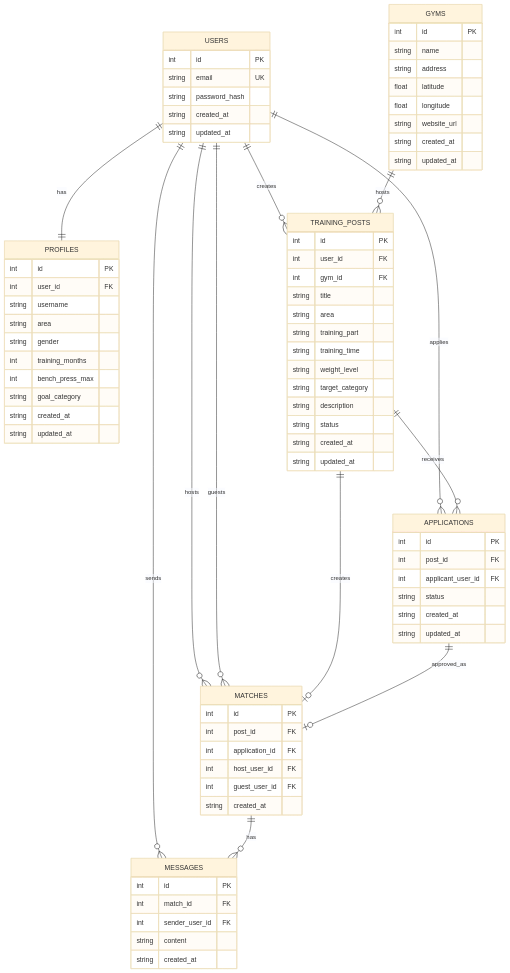
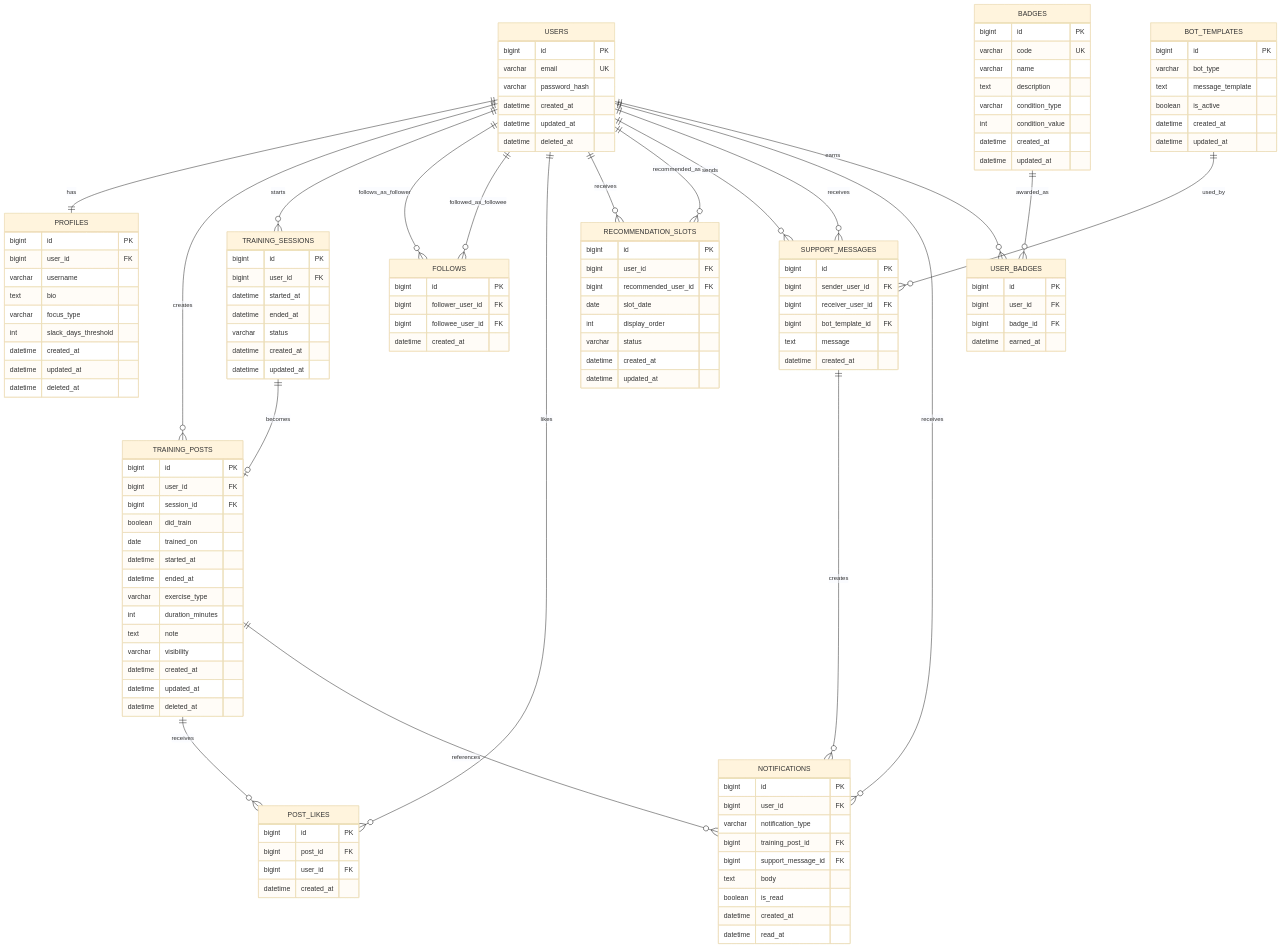
One commit to TaiseiUmeki/group7-pj changed the diagram in docs/requirements/db_design.md. Above: the diagram before and after it, drawn with Mermaid (base theme). The commit also changed other lines of this file and 1 other file, not shown here.

````diff
--- a/docs/requirements/db_design.md
+++ b/docs/requirements/db_design.md
@@ -54,91 +58,144 @@
 erDiagram
     USERS ||--|| PROFILES : has
     USERS ||--o{ TRAINING_POSTS : creates
-    USERS ||--o{ APPLICATIONS : applies
-    USERS ||--o{ MESSAGES : sends
-    USERS ||--o{ MATCHES : hosts
-    USERS ||--o{ MATCHES : guests
+    USERS ||--o{ TRAINING_SESSIONS : starts
+    USERS ||--o{ FOLLOWS : follows_as_follower
+    USERS ||--o{ FOLLOWS : followed_as_followee
+    USERS ||--o{ POST_LIKES : likes
+    USERS ||--o{ RECOMMENDATION_SLOTS : receives
+    USERS ||--o{ RECOMMENDATION_SLOTS : recommended_as
+    USERS ||--o{ SUPPORT_MESSAGES : sends
+    USERS ||--o{ SUPPORT_MESSAGES : receives
+    USERS ||--o{ NOTIFICATIONS : receives
+    USERS ||--o{ USER_BADGES : earns
 
-    GYMS ||--o{ TRAINING_POSTS : hosts
+    TRAINING_SESSIONS ||--o| TRAINING_POSTS : becomes
+    TRAINING_POSTS ||--o{ POST_LIKES : receives
+    TRAINING_POSTS ||--o{ NOTIFICATIONS : references
 
-    TRAINING_POSTS ||--o{ APPLICATIONS : receives
-    TRAINING_POSTS ||--o| MATCHES : creates
+    BOT_TEMPLATES ||--o{ SUPPORT_MESSAGES : used_by
+    SUPPORT_MESSAGES ||--o{ NOTIFICATIONS : creates
 
-    APPLICATIONS ||--o| MATCHES : approved_as
-
-    MATCHES ||--o{ MESSAGES : has
+    BADGES ||--o{ USER_BADGES : awarded_as
 
     USERS {
-        int id PK
-        string email UK
-        string password_hash
-        string created_at
-        string updated_at
+        bigint id PK
+        varchar email UK
+        varchar password_hash
+        datetime created_at
+        datetime updated_at
+        datetime deleted_at
     }
 
     PROFILES {
-        int id PK
-        int user_id FK
-        string username
-        string area
-        string gender
-        int training_months
-        int bench_press_max
-        string goal_category
-        string created_at
-        string updated_at
+        bigint id PK
+        bigint user_id FK
+        varchar username
+        text bio
+        varchar focus_type
+        int slack_days_threshold
+        datetime created_at
+        datetime updated_at
+        datetime deleted_at
+    }
+
+    TRAINING_SESSIONS {
+        bigint id PK
+        bigint user_id FK
+        datetime started_at
+        datetime ended_at
+        varchar status
+        datetime created_at
+        datetime updated_at
     }
 
     TRAINING_POSTS {
-        int id PK
-        int user_id FK
-        int gym_id FK
-        string title
-        string area
-        string training_part
-        string training_time
-        string weight_level
-        string target_category
-        string description
-        string status
-        string created_at
-        string updated_at
+        bigint id PK
+        bigint user_id FK
+        bigint session_id FK
+        boolean did_train
+        date trained_on
+        datetime started_at
+        datetime ended_at
+        varchar exercise_type
+        int duration_minutes
+        text note
+        varchar visibility
+        datetime created_at
+        datetime updated_at
+        datetime deleted_at
     }
 
-    APPLICATIONS {
-        int id PK
-        int post_id FK
-        int applicant_user_id FK
-        string status
-        string created_at
-        string updated_at
+    FOLLOWS {
+        bigint id PK
+        bigint follower_user_id FK
+        bigint followee_user_id FK
+        datetime created_at
     }
 
-    MATCHES {
-        int id PK
-        int post_id FK
-        int application_id FK
-        int host_user_id FK
-        int guest_user_id FK
-        string created_at
+    POST_LIKES {
+        bigint id PK
+        bigint post_id FK
+        bigint user_id FK
+        datetime created_at
     }
 
-    MESSAGES {
-        int id PK
-        int match_id FK
-        int sender_user_id FK
-        string content
-        string created_at
+    RECOMMENDATION_SLOTS {
+        bigint id PK
+        bigint user_id FK
+        bigint recommended_user_id FK
+        date slot_date
+        int display_order
+        varchar status
+        datetime created_at
+        datetime updated_at
     }
 
-    GYMS {
-        int id PK
-        string name
-        string address
-        float latitude
-        float longitude
-        string website_url
-        string created_at
-        string updated_at
+    BOT_TEMPLATES {
+        bigint id PK
+        varchar bot_type
+        text message_template
+        boolean is_active
+        datetime created_at
+        datetime updated_at
+    }
+
+    SUPPORT_MESSAGES {
+        bigint id PK
+        bigint sender_user_id FK
+        bigint receiver_user_id FK
+        bigint bot_template_id FK
+        text message
+        datetime created_at
+    }
+
+    NOTIFICATIONS {
+        bigint id PK
+        bigint user_id FK
+        varchar notification_type
+        bigint training_post_id FK
+        bigint support_message_id FK
+        text body
+        boolean is_read
+        datetime created_at
+        datetime read_at
+    }
+
+    BADGES {
+        bigint id PK
+        varchar code UK
+        varchar name
+        text description
+        varchar condition_type
+        int condition_value
+        datetime created_at
+        datetime updated_at
+    }
+
+    USER_BADGES {
+        bigint id PK
+        bigint user_id FK
+        bigint badge_id FK
+        datetime earned_at
     }
 ```
````
